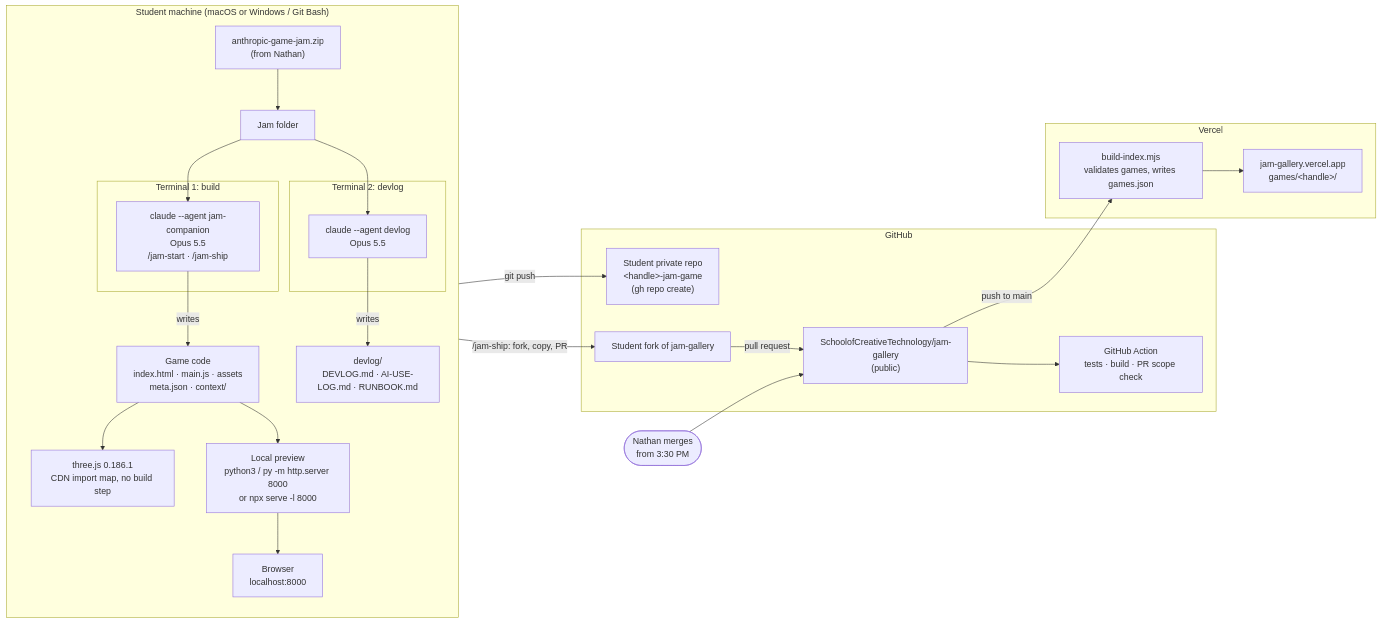
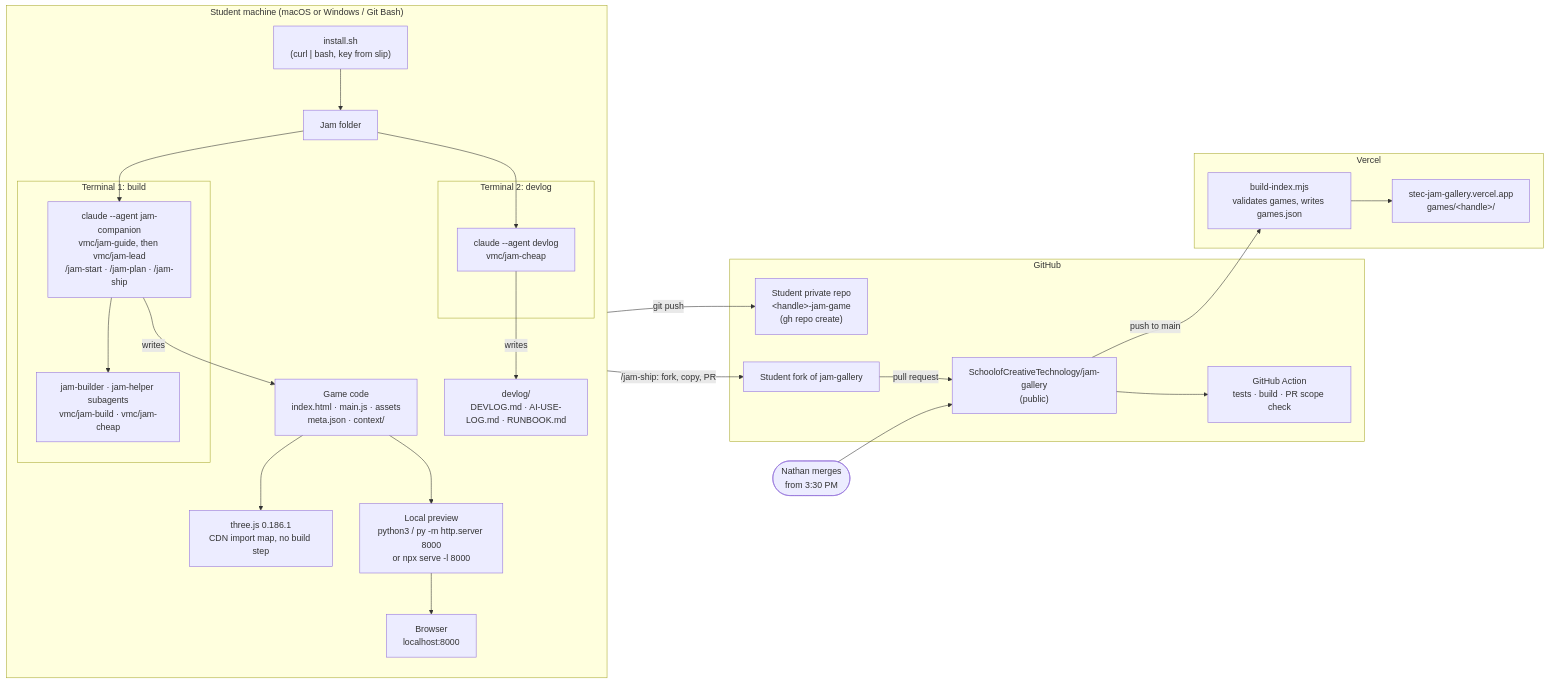
The diagram in STACK.md (SchoolofCreativeTechnology/anthropic-game-jam), drawn with Mermaid before and after one commit. The commit also changed other lines of this file and 24 other files, not shown here.

Commit message:
feat: gateway models, teams, jam-plan, and builder subagents for the 2026-11-06 jam

````diff
--- a/STACK.md
+++ b/STACK.md
@@ -5,39 +5,41 @@
 ```mermaid
 flowchart LR
   subgraph Student["Student machine (macOS or Windows / Git Bash)"]
     direction TB
-    Zip["anthropic-game-jam.zip<br/>(from Nathan)"] --> Folder["Jam folder"]
+    Zip["install.sh<br/>(curl | bash, key from slip)"] --> Folder["Jam folder"]
     subgraph T1["Terminal 1: build"]
-      Companion["claude --agent jam-companion<br/>Opus 5.5<br/>/jam-start · /jam-ship"]
+      Companion["claude --agent jam-companion<br/>vmc/jam-guide, then vmc/jam-lead<br/>/jam-start · /jam-plan · /jam-ship"]
+      Builders["jam-builder · jam-helper subagents<br/>vmc/jam-build · vmc/jam-cheap"]
+      Companion --> Builders
     end
     subgraph T2["Terminal 2: devlog"]
-      Devlog["claude --agent devlog<br/>Opus 5.5"]
+      Devlog["claude --agent devlog<br/>vmc/jam-cheap"]
     end
     Folder --> Companion
     Folder --> Devlog
     Companion -- writes --> Game["Game code<br/>index.html · main.js · assets<br/>meta.json · context/"]
     Devlog -- writes --> Log["devlog/<br/>DEVLOG.md · AI-USE-LOG.md · RUNBOOK.md"]
     Game --> Three["three.js 0.186.1<br/>CDN import map, no build step"]
     Game --> Serve["Local preview<br/>python3 / py -m http.server 8000<br/>or npx serve -l 8000"]
     Serve --> Browser["Browser<br/>localhost:8000"]
   end
 
   subgraph GH["GitHub"]
     Private["Student private repo<br/>&lt;handle&gt;-jam-game<br/>(gh repo create)"]
     Fork["Student fork of jam-gallery"]
     Gallery["SchoolofCreativeTechnology/jam-gallery<br/>(public)"]
     CI["GitHub Action<br/>tests · build · PR scope check"]
   end
 
   subgraph Vercel["Vercel"]
     Build["build-index.mjs<br/>validates games, writes games.json"]
-    Site["jam-gallery.vercel.app<br/>games/&lt;handle&gt;/"]
+    Site["stec-jam-gallery.vercel.app<br/>games/&lt;handle&gt;/"]
   end
 
   Companion -- git push --> Private
   Companion -- "/jam-ship: fork, copy, PR" --> Fork
   Fork -- pull request --> Gallery
   Gallery --> CI
   Nathan(["Nathan merges<br/>from 3:30 PM"]) --> Gallery
   Gallery -- push to main --> Build --> Site
 ```
````
